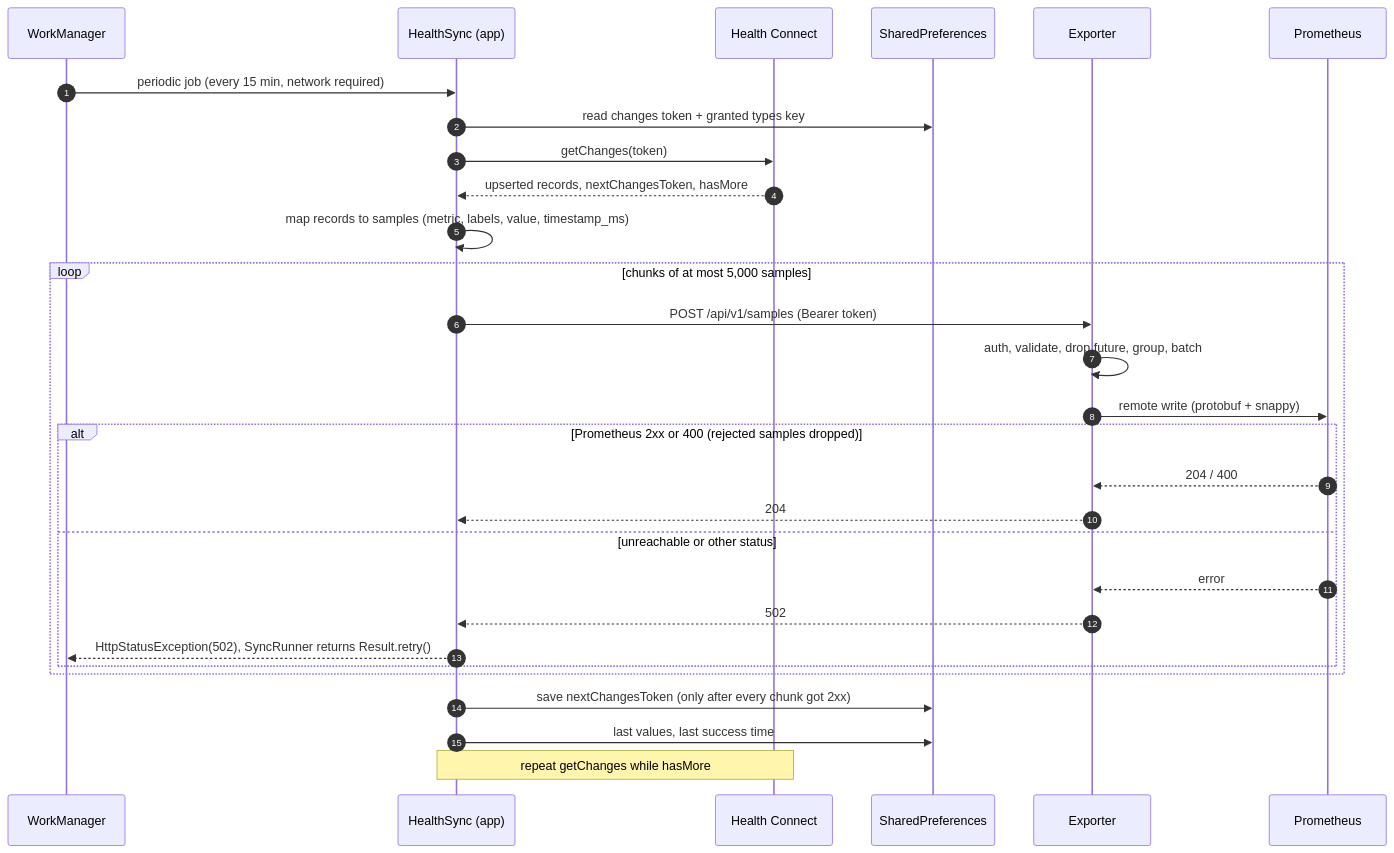
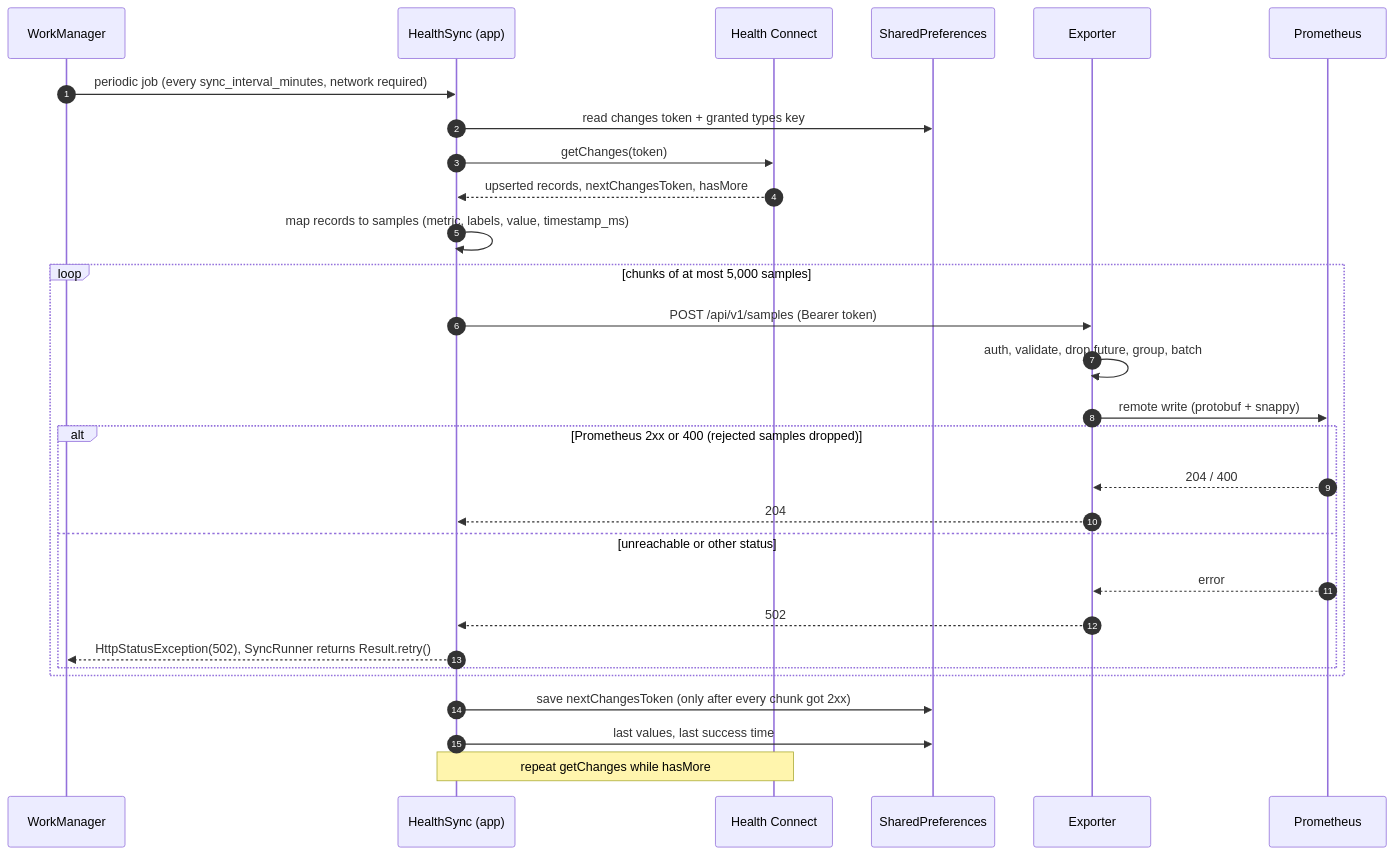
One commit to MateuxLucax/health-connect-bridge changed diagram 11 of 11 in docs/sequences.md. Above: the diagram before and after it, drawn with Mermaid. The commit also changed other lines of this file and 25 other files, not shown here.

First line of the commit message:
Make the automatic sync interval configurable

````diff
--- a/docs/sequences.md
+++ b/docs/sequences.md
@@ -366,32 +391,32 @@
 ```mermaid
 sequenceDiagram
     autonumber
     participant WM as WorkManager
     participant S as HealthSync (app)
     participant HC as Health Connect
     participant SP as SharedPreferences
     participant E as Exporter
     participant P as Prometheus
 
-    WM->>S: periodic job (every 15 min, network required)
+    WM->>S: periodic job (every sync_interval_minutes, network required)
     S->>SP: read changes token + granted types key
     S->>HC: getChanges(token)
     HC-->>S: upserted records, nextChangesToken, hasMore
     S->>S: map records to samples (metric, labels, value, timestamp_ms)
     loop chunks of at most 5,000 samples
         S->>E: POST /api/v1/samples (Bearer token)
         E->>E: auth, validate, drop future, group, batch
         E->>P: remote write (protobuf + snappy)
         alt Prometheus 2xx or 400 (rejected samples dropped)
             P-->>E: 204 / 400
             E-->>S: 204
         else unreachable or other status
             P-->>E: error
             E-->>S: 502
             S-->>WM: HttpStatusException(502), SyncRunner returns Result.retry()
         end
     end
     S->>SP: save nextChangesToken (only after every chunk got 2xx)
     S->>SP: last values, last success time
     Note over S,HC: repeat getChanges while hasMore
 ```
````
